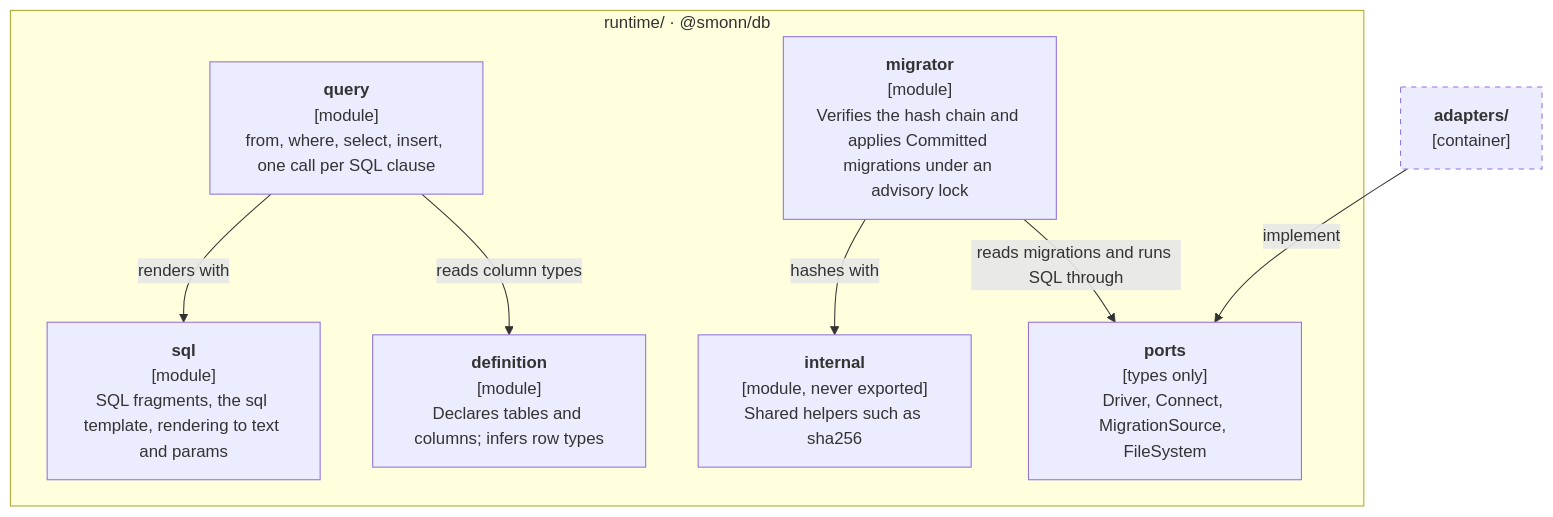
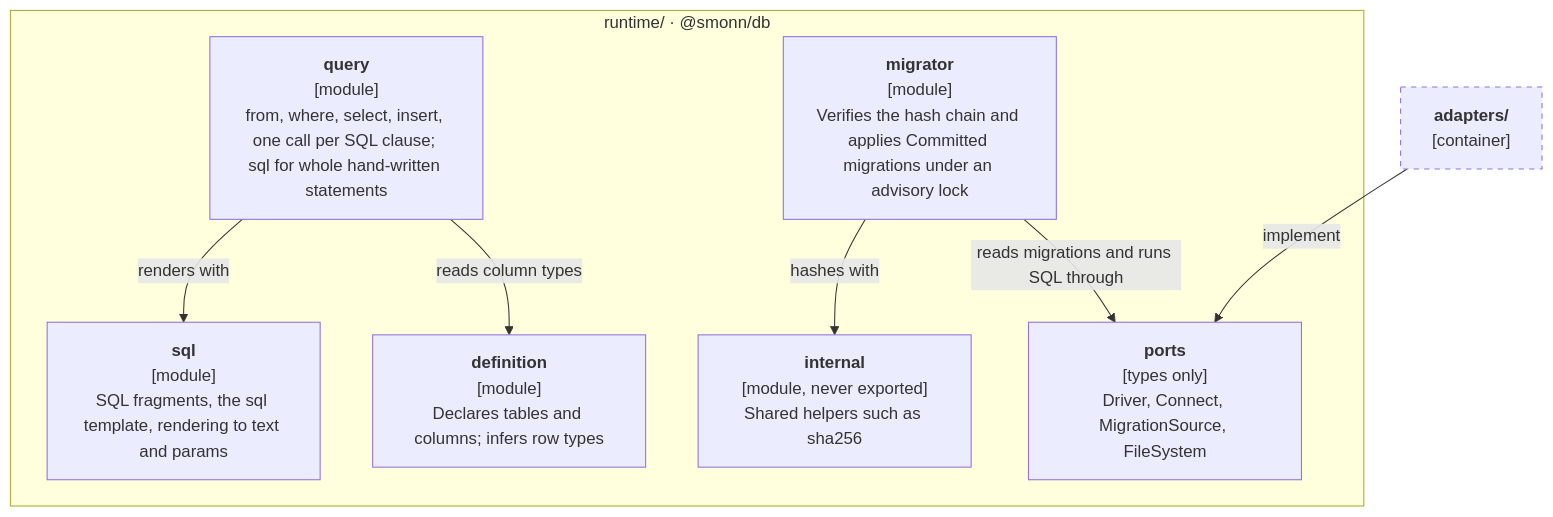
One commit to smonn/db changed the second of 8 diagrams in docs/architecture.md. Above: the diagram before and after it, drawn with Mermaid. The commit also changed 1 other file, not shown here.

Commit message:
docs(adr): make ADR-0004's sql escape hatch whole statements only
Rewritten in place and set back to proposed, per the pre-v0.1 rule.

````diff
--- a/docs/architecture.md
+++ b/docs/architecture.md
@@ -41,22 +41,22 @@
 ```mermaid
 flowchart TB
   subgraph runtime["runtime/ · @smonn/db"]
     definition["<b>definition</b><br/>[module]<br/>Declares tables and columns; infers row types"]
-    query["<b>query</b><br/>[module]<br/>from, where, select, insert, one call per SQL clause"]
+    query["<b>query</b><br/>[module]<br/>from, where, select, insert, one call per SQL clause; sql for whole hand-written statements"]
     sql["<b>sql</b><br/>[module]<br/>SQL fragments, the sql template, rendering to text and params"]
     migrator["<b>migrator</b><br/>[module]<br/>Verifies the hash chain and applies Committed migrations under an advisory lock"]
     ports["<b>ports</b><br/>[types only]<br/>Driver, Connect, MigrationSource, FileSystem"]
     internal["<b>internal</b><br/>[module, never exported]<br/>Shared helpers such as sha256"]
   end
 
   adapters["<b>adapters/</b><br/>[container]"]
 
   query -- "reads column types" --> definition
   query -- "renders with" --> sql
   migrator -- "reads migrations and runs SQL through" --> ports
   migrator -- "hashes with" --> internal
   adapters -- "implement" --> ports
 
   classDef external stroke-dasharray: 5 5
   class adapters external
 ```
````
